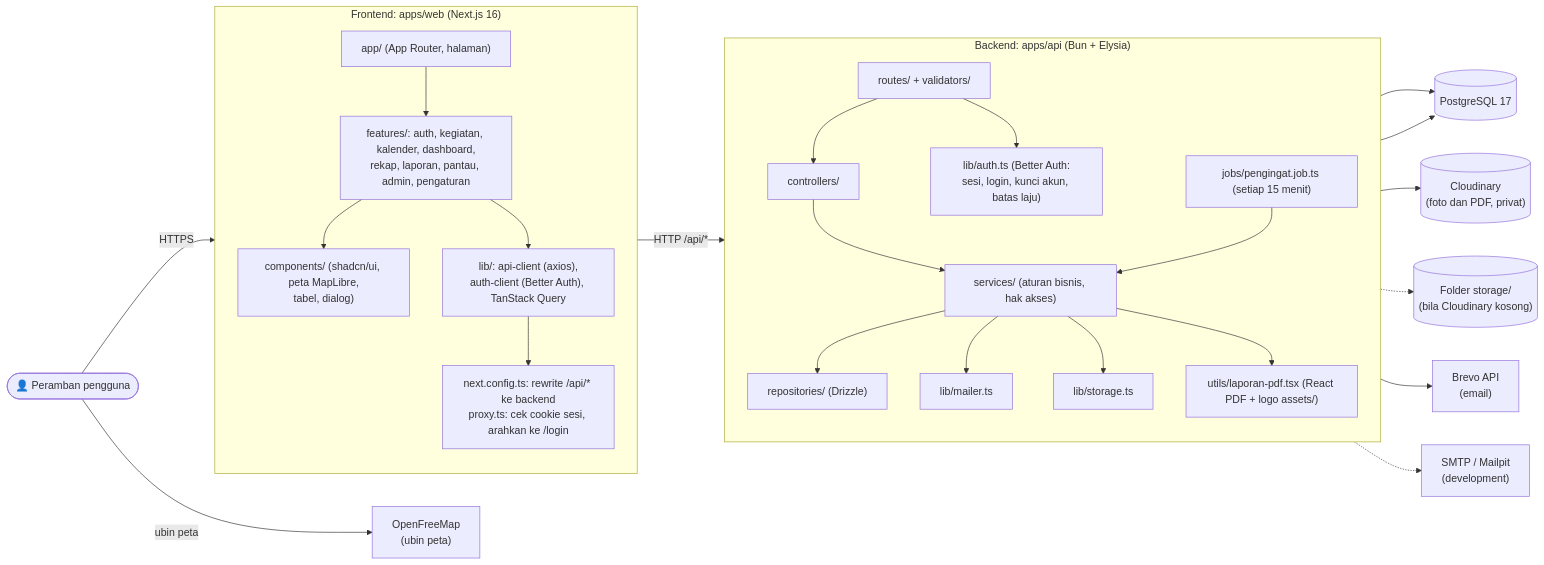
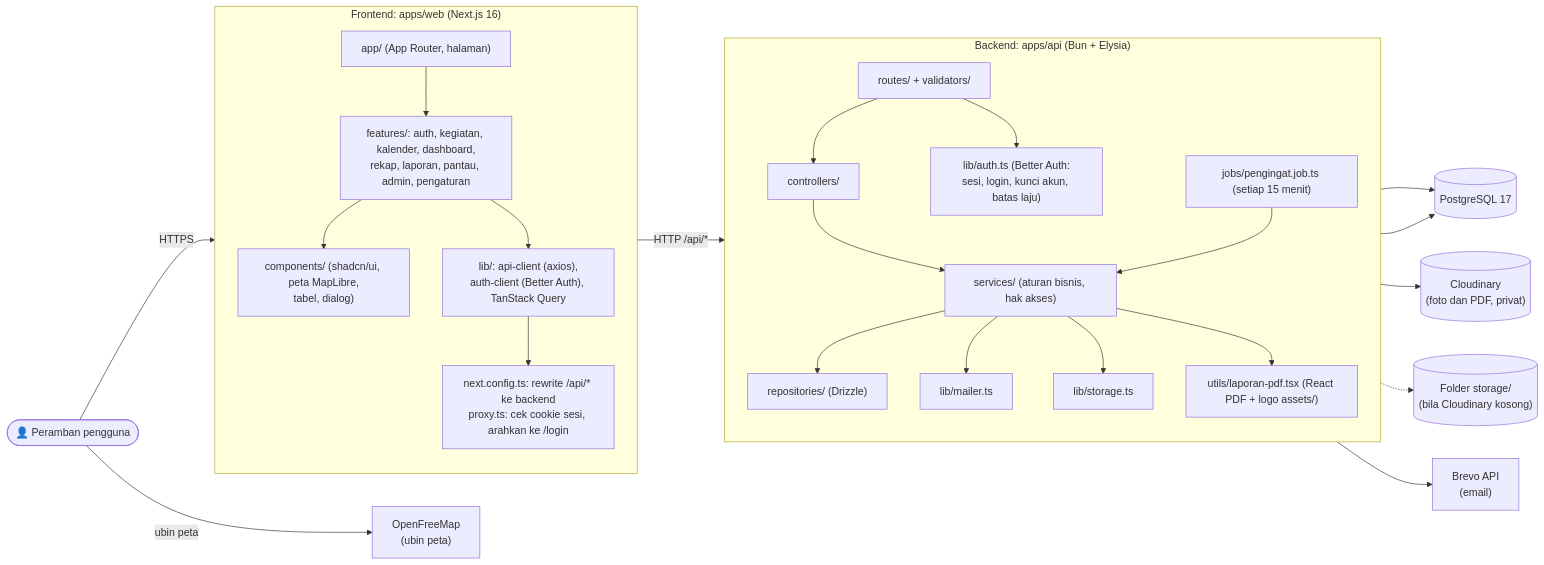
One commit to AhmadsTechDev/kegiatan-kominfo changed the diagram in docs/uml/07-component.md. Above: the diagram before and after it, drawn with Mermaid. The commit also changed other lines of this file and 157 other files, not shown here.

````diff
--- a/docs/uml/07-component.md
+++ b/docs/uml/07-component.md
@@ -3,51 +3,49 @@
 ```mermaid
 flowchart LR
     pengguna(["👤 Peramban pengguna"])
 
     subgraph web["Frontend: apps/web (Next.js 16)"]
         direction TB
         app["app/ (App Router, halaman)"]
         fitur["features/: auth, kegiatan, kalender, dashboard,<br/>rekap, laporan, pantau, admin, pengaturan"]
         shared["components/ (shadcn/ui, peta MapLibre,<br/>tabel, dialog)"]
         klien["lib/: api-client (axios),<br/>auth-client (Better Auth), TanStack Query"]
         proxy["next.config.ts: rewrite /api/* ke backend<br/>proxy.ts: cek cookie sesi, arahkan ke /login"]
         app --> fitur --> shared
         fitur --> klien --> proxy
     end
 
     subgraph api["Backend: apps/api (Bun + Elysia)"]
         direction TB
         routes["routes/ + validators/"]
         ctrl["controllers/"]
         svc["services/ (aturan bisnis, hak akses)"]
         repo["repositories/ (Drizzle)"]
         auth["lib/auth.ts (Better Auth:<br/>sesi, login, kunci akun, batas laju)"]
         mailer["lib/mailer.ts"]
         storage["lib/storage.ts"]
         pdf["utils/laporan-pdf.tsx (React PDF + logo assets/)"]
         job["jobs/pengingat.job.ts (setiap 15 menit)"]
         routes --> ctrl --> svc --> repo
         routes --> auth
         svc --> mailer
         svc --> storage
         svc --> pdf
         job --> svc
     end
 
     db[("PostgreSQL 17")]
     cloud[("Cloudinary<br/>(foto dan PDF, privat)")]
     lokal[("Folder storage/<br/>(bila Cloudinary kosong)")]
     brevo["Brevo API<br/>(email)"]
-    smtp["SMTP / Mailpit<br/>(development)"]
     peta["OpenFreeMap<br/>(ubin peta)"]
 
     pengguna -- HTTPS --> app
     pengguna -- ubin peta --> peta
     proxy -- "HTTP /api/*" --> routes
     repo --> db
     auth --> db
     storage --> cloud
     storage -.-> lokal
     mailer --> brevo
-    mailer -.-> smtp
 ```
````
